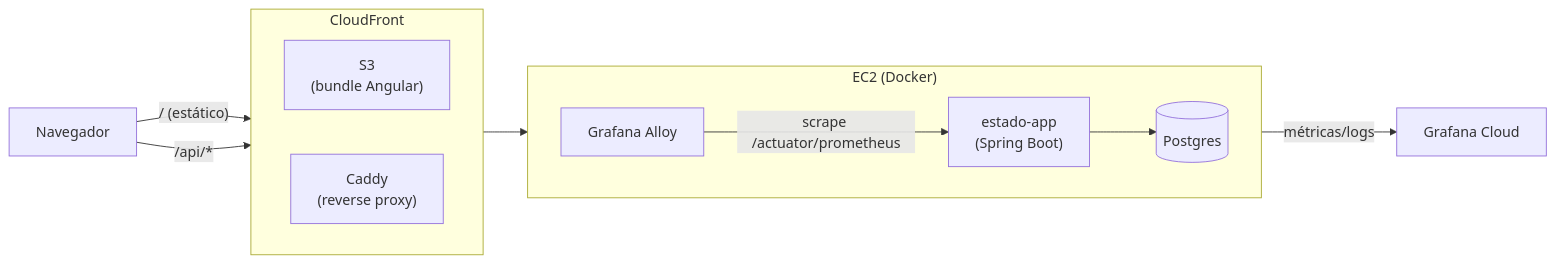
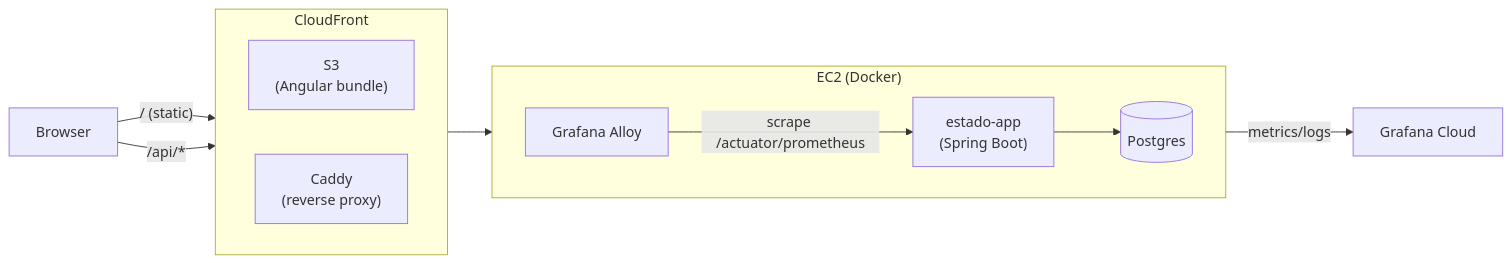
The diagram in README.md (ronybrand/angular_estado), drawn with Mermaid before and after one commit. The commit also changed other lines of this file and 1 other file, not shown here.

````diff
--- a/README.md
+++ b/README.md
@@ -15,26 +17,26 @@
 ```mermaid
 flowchart LR
-    Browser["Navegador"]
+    Browser["Browser"]
 
     subgraph CloudFront["CloudFront"]
         direction LR
-        S3["S3\n(bundle Angular)"]
+        S3["S3\n(Angular bundle)"]
         Caddy["Caddy\n(reverse proxy)"]
     end
 
     subgraph EC2["EC2 (Docker)"]
         direction LR
         App["estado-app\n(Spring Boot)"]
         DB[("Postgres")]
         Alloy["Grafana Alloy"]
     end
 
     Grafana["Grafana Cloud"]
 
-    Browser -- "/ (estático)" --> S3
+    Browser -- "/ (static)" --> S3
     Browser -- "/api/*" --> Caddy
     Caddy --> App
     App --> DB
     Alloy -- "scrape /actuator/prometheus" --> App
-    Alloy -- métricas/logs --> Grafana
+    Alloy -- metrics/logs --> Grafana
 ```
````
